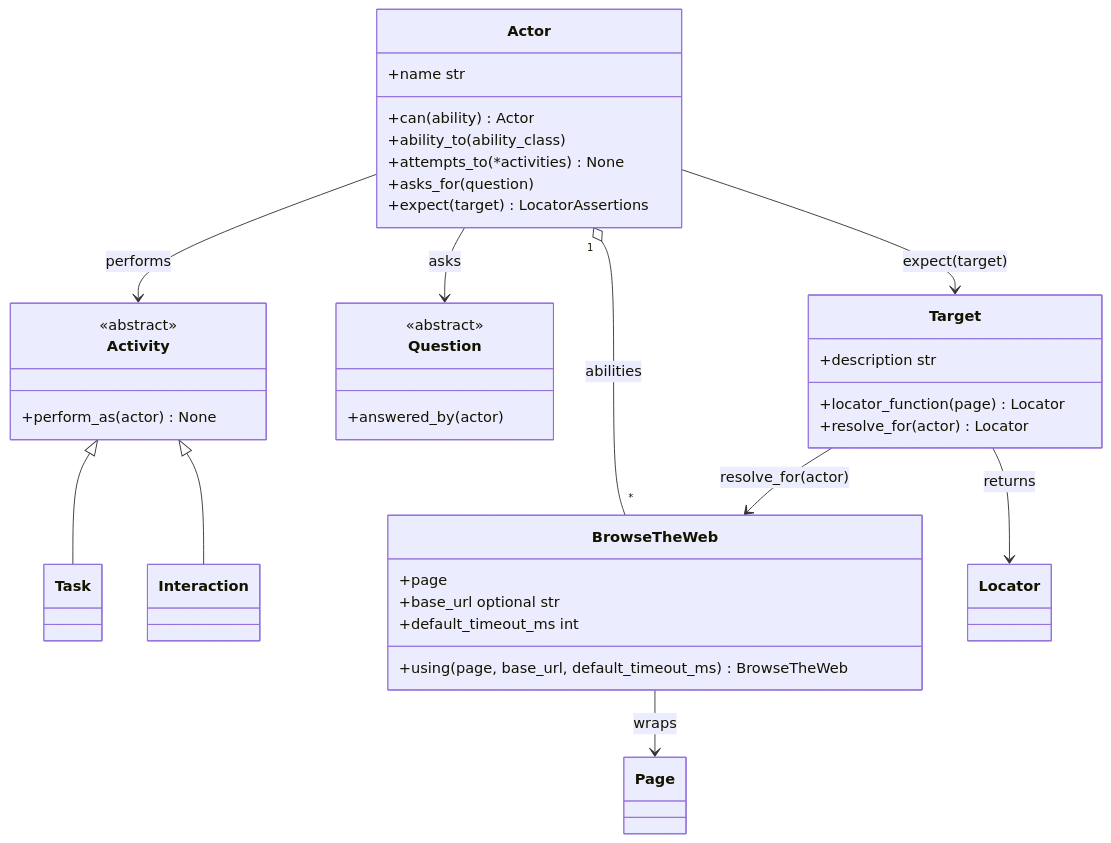
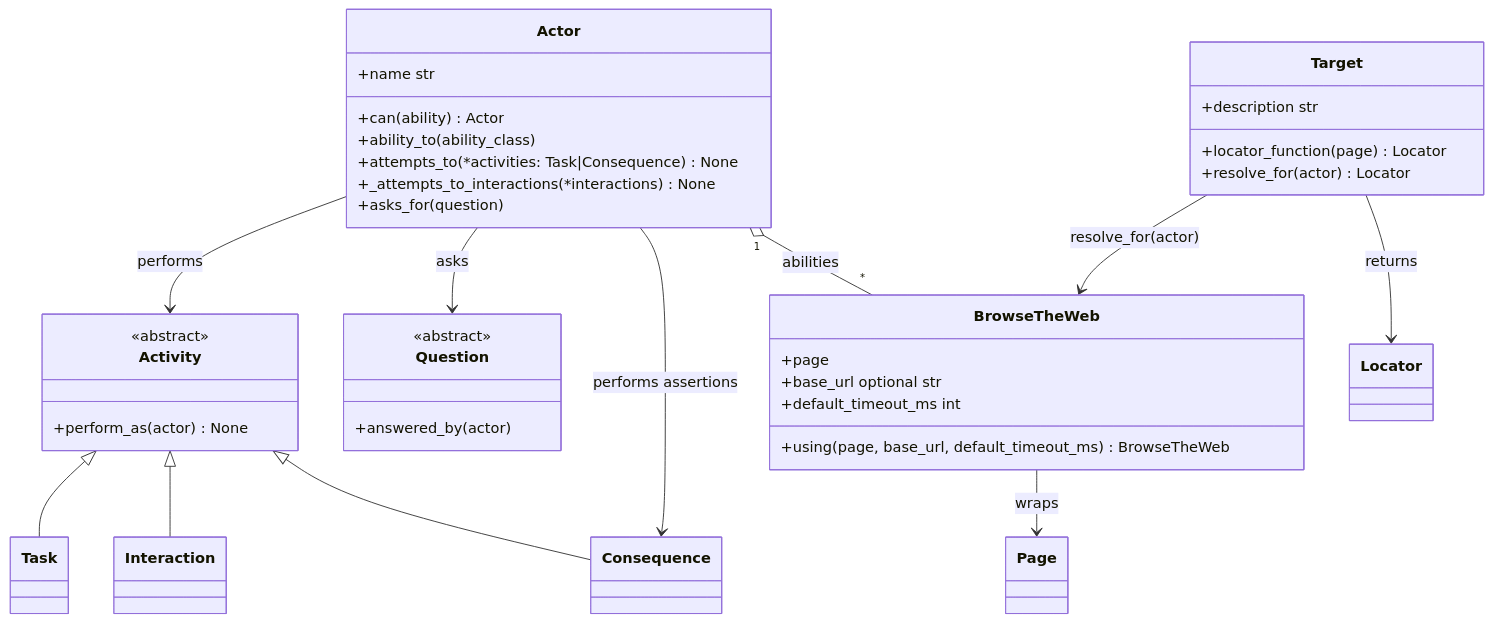
Before and after one commit to stansiris/playwright-pytest-screenplay-framework: the second of 5 diagrams in docs/architecture.md, drawn with Mermaid. The commit also changed other lines of this file and 7 other files, not shown here.

````diff
--- a/docs/architecture.md
+++ b/docs/architecture.md
@@ -59,50 +59,52 @@
 ```mermaid
 classDiagram
   class Activity {
     <<abstract>>
     +perform_as(actor) None
   }
 
   class Task
   class Interaction
+  class Consequence
 
   class Question {
     <<abstract>>
     +answered_by(actor)
   }
 
   class Actor {
     +name str
     +can(ability) Actor
     +ability_to(ability_class)
-    +attempts_to(*activities) None
+    +attempts_to(*activities: Task|Consequence) None
+    +_attempts_to_interactions(*interactions) None
     +asks_for(question)
-    +expect(target) LocatorAssertions
   }
 
   class Target {
     +description str
     +locator_function(page) Locator
     +resolve_for(actor) Locator
   }
 
   class BrowseTheWeb {
     +page
     +base_url optional str
     +default_timeout_ms int
     +using(page, base_url, default_timeout_ms) BrowseTheWeb
   }
 
   class Page
   class Locator
 
   Activity <|-- Task
   Activity <|-- Interaction
+  Activity <|-- Consequence
   Actor --> Activity : performs
   Actor --> Question : asks
-  Actor --> Target : expect(target)
+  Actor --> Consequence : performs assertions
   Actor "1" o-- "*" BrowseTheWeb : abilities
   Target --> BrowseTheWeb : resolve_for(actor)
   BrowseTheWeb --> Page : wraps
   Target --> Locator : returns
 ```
````
